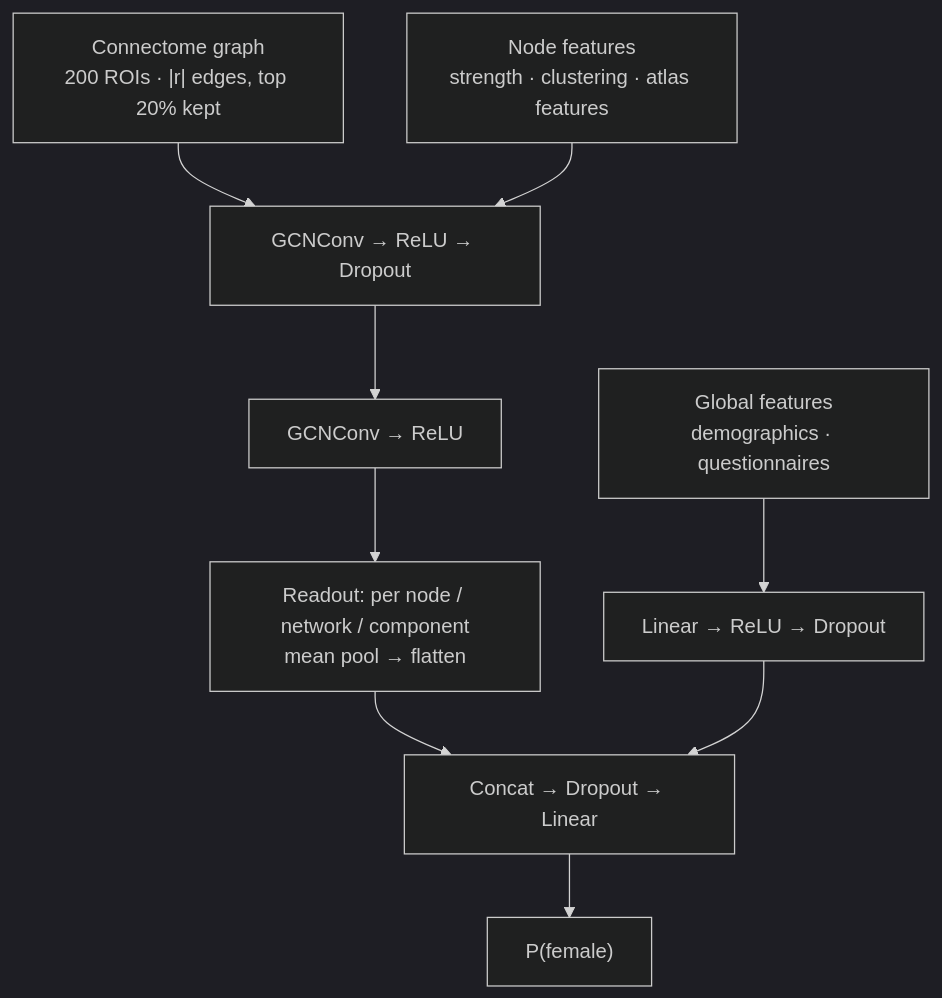
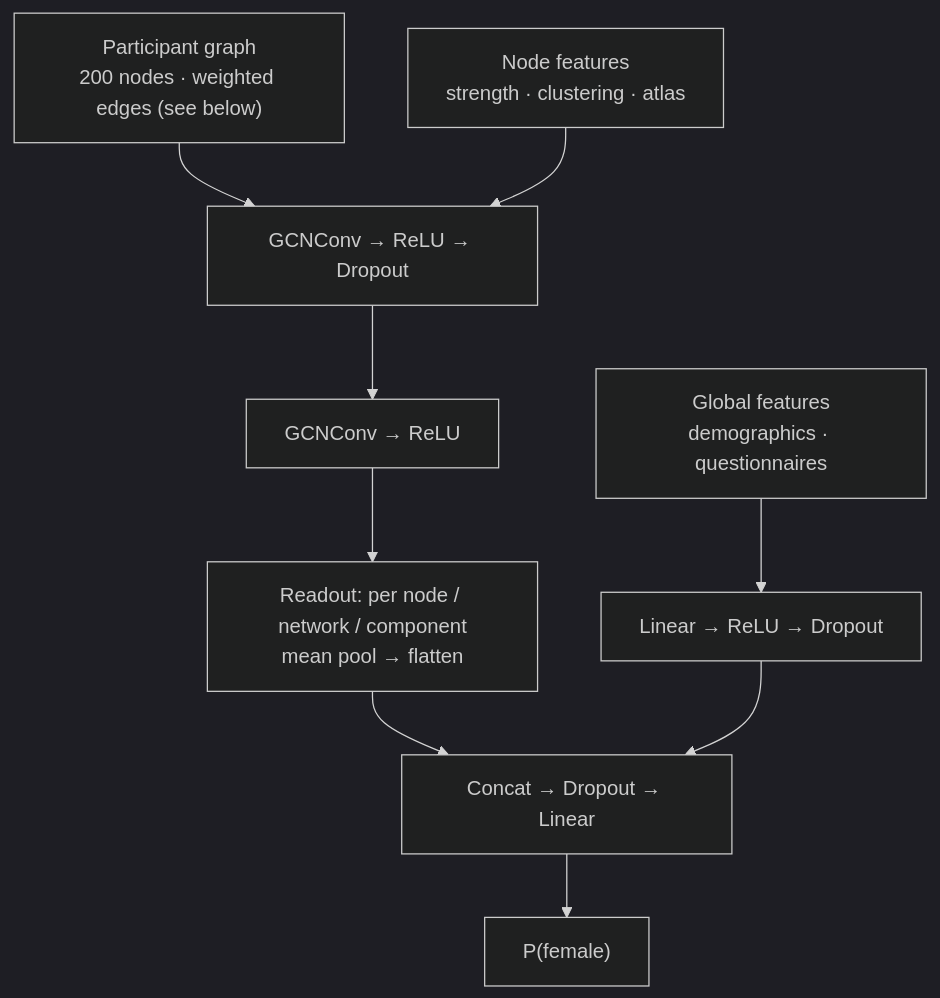
Before and after one commit to Xuanyuuuu/brain-connectome-gnn: the second of 2 diagrams in README.md, drawn with Mermaid (dark theme). The commit also changed other lines of this file, not shown here.

Commit message:
README: define graph construction

````diff
--- a/README.md
+++ b/README.md
@@ -49,17 +49,17 @@
 ```mermaid
 flowchart TD
-    G["Connectome graph<br/>200 ROIs · |r| edges, top 20% kept"]
-    X["Node features<br/>strength · clustering · atlas features"]
+    G["Participant graph<br/>200 nodes · weighted edges (see below)"]
+    X["Node features<br/>strength · clustering · atlas"]
     Q["Global features<br/>demographics · questionnaires"]
     C1["GCNConv → ReLU → Dropout"]
     C2["GCNConv → ReLU"]
     R["Readout: per node / network / component<br/>mean pool → flatten"]
     M["Linear → ReLU → Dropout"]
     H["Concat → Dropout → Linear"]
     Y["P(female)"]
     G --> C1
     X --> C1
     C1 --> C2 --> R --> H
     Q --> M --> H
     H --> Y
 ```
````
